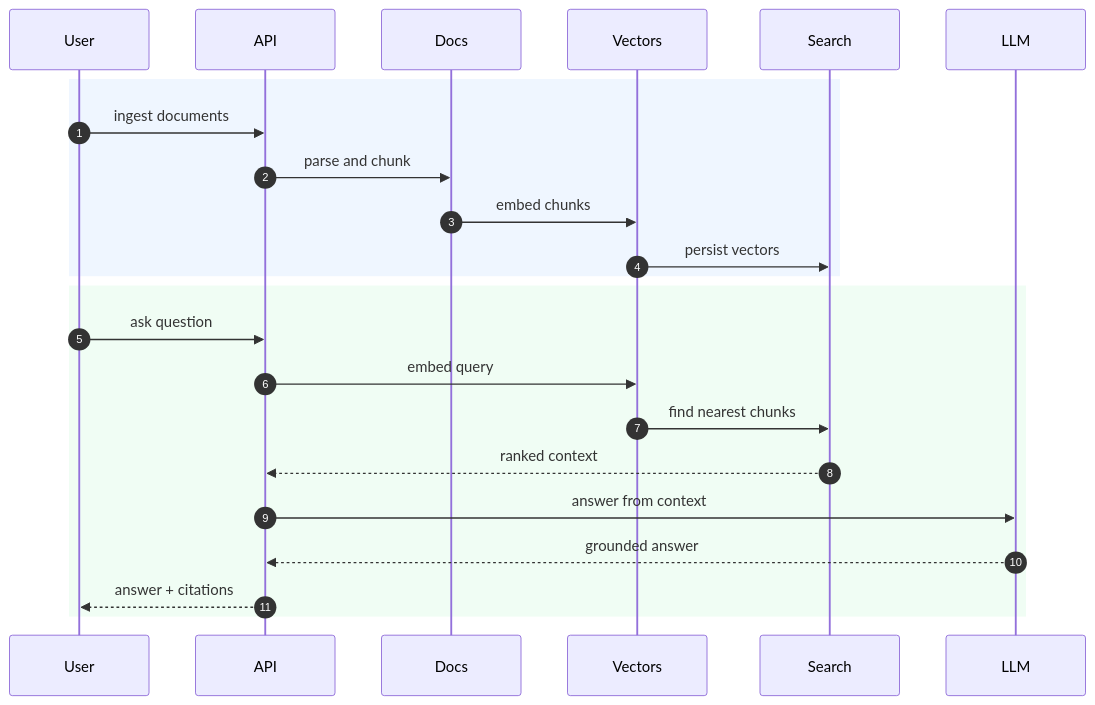
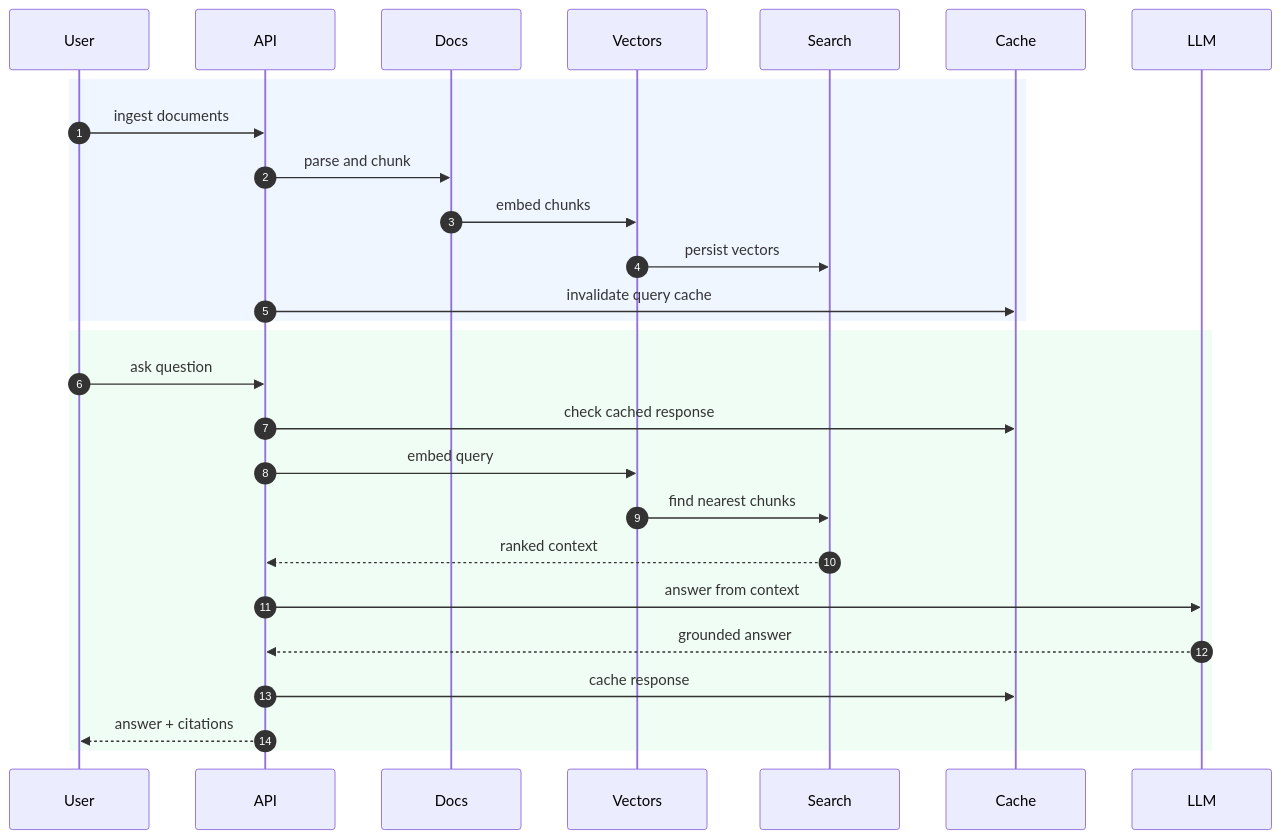
Before and after one commit to gaganm1124/knowledge-assistant: the second of 3 diagrams in README.md, drawn with Mermaid. The commit also changed other lines of this file and 15 other files, not shown here.

Commit message:
Add query caching and telemetry services; update README and API to reflect cache integration.

````diff
--- a/README.md
+++ b/README.md
@@ -68,27 +76,31 @@
 ```mermaid
 sequenceDiagram
     autonumber
     participant User
     participant API
     participant Docs
     participant Vectors
     participant Search
+    participant Cache
     participant LLM
 
     rect rgb(239, 246, 255)
         User->>API: ingest documents
         API->>Docs: parse and chunk
         Docs->>Vectors: embed chunks
         Vectors->>Search: persist vectors
+        API->>Cache: invalidate query cache
     end
 
     rect rgb(240, 253, 244)
         User->>API: ask question
+        API->>Cache: check cached response
         API->>Vectors: embed query
         Vectors->>Search: find nearest chunks
         Search-->>API: ranked context
         API->>LLM: answer from context
         LLM-->>API: grounded answer
+        API->>Cache: cache response
         API-->>User: answer + citations
     end
 ```
````
